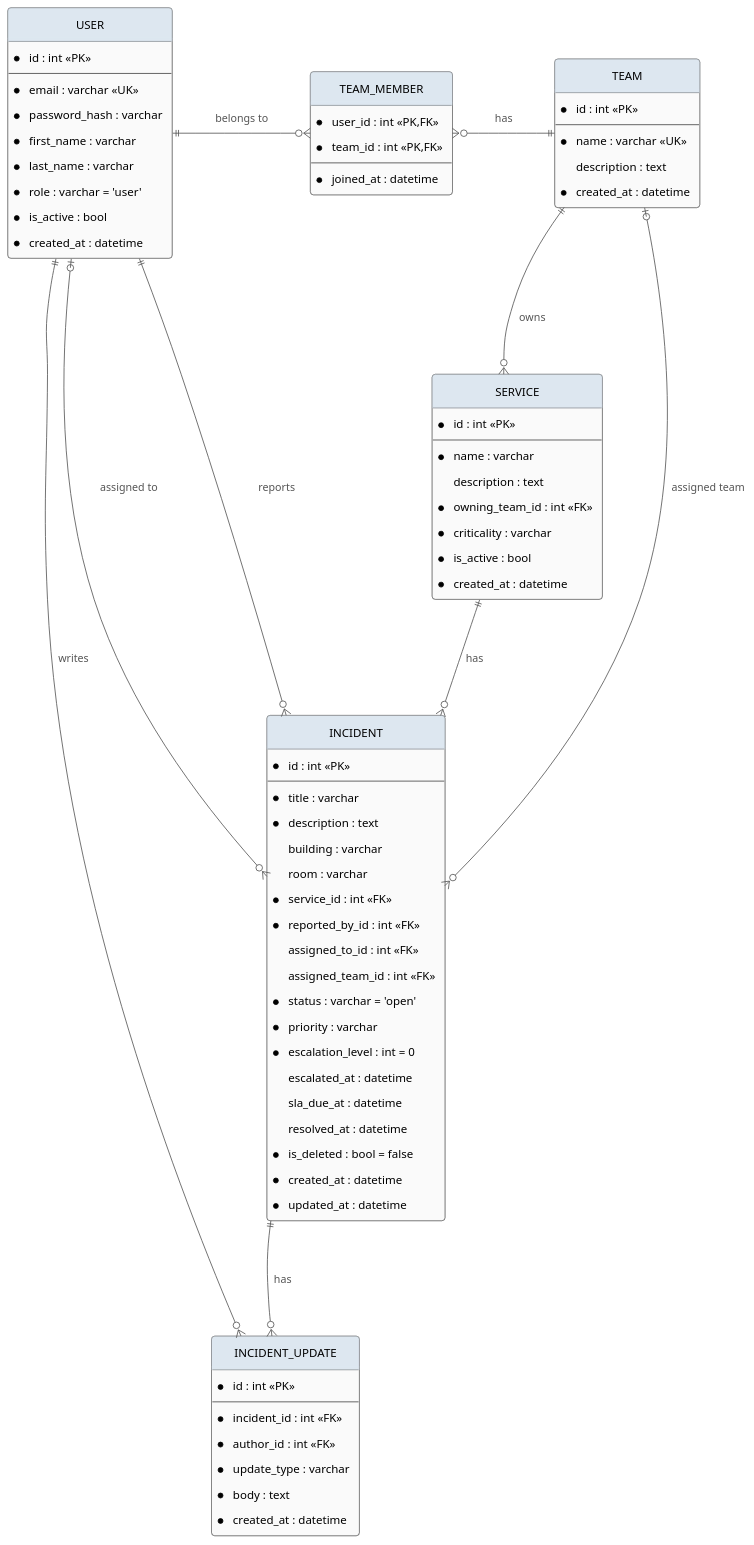
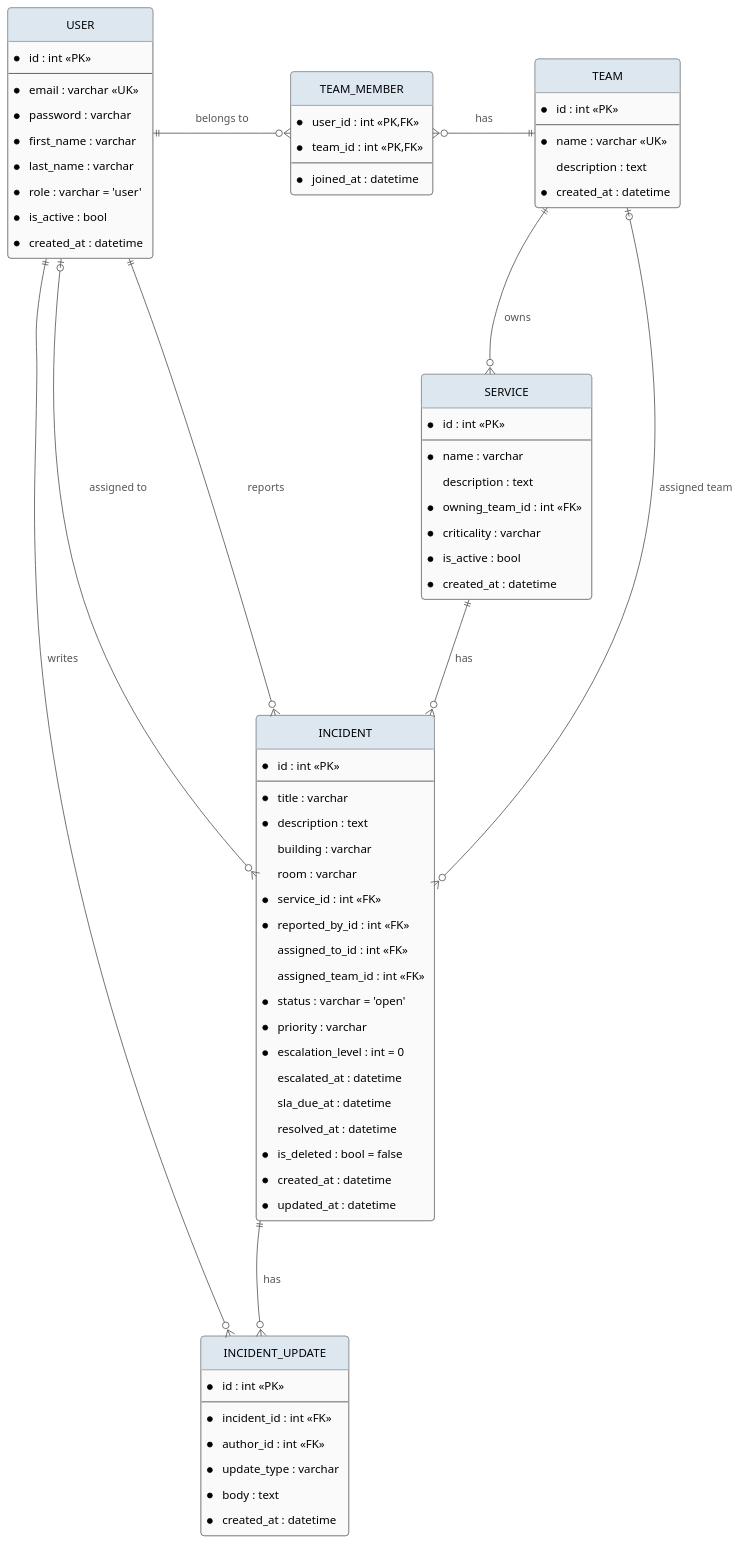
One commit to ZiedRbd/COSC-3339-Fall-2026-Term-Project changed the diagram in docs/er-diagram.puml. Above: the diagram before and after it, drawn with PlantUML. The commit also changed 1 other file, not shown here.

Commit message:
Match ER diagram column name to the database

```diff
--- a/docs/er-diagram.puml
+++ b/docs/er-diagram.puml
@@ -1,112 +1,112 @@
 @startuml Campus IT Help Desk ER
 hide circle
 skinparam nodesep 90
 skinparam ranksep 110
 skinparam padding 6
 skinparam roundCorner 8
 skinparam shadowing false
 skinparam ArrowColor #555555
 skinparam ArrowFontColor #555555
 skinparam class {
   BackgroundColor #FAFAFA
   BorderColor #444444
   HeaderBackgroundColor #DDE7F0
 }
 
 ' ── People & groups ─────────────────────────────
 
 entity "USER" as user {
   * id : int <<PK>>
   --
   * email : varchar <<UK>>
-  * password_hash : varchar
+  * password : varchar
   * first_name : varchar
   * last_name : varchar
   * role : varchar = 'user'
   * is_active : bool
   * created_at : datetime
 }
 
 entity "TEAM_MEMBER" as tm {
   * user_id : int <<PK,FK>>
   * team_id : int <<PK,FK>>
   --
   * joined_at : datetime
 }
 
 entity "TEAM" as team {
   * id : int <<PK>>
   --
   * name : varchar <<UK>>
     description : text
   * created_at : datetime
 }
 
 ' ── What we support ─────────────────────────────
 
 entity "SERVICE" as service {
   * id : int <<PK>>
   --
   * name : varchar
     description : text
   * owning_team_id : int <<FK>>
   * criticality : varchar
   * is_active : bool
   * created_at : datetime
 }
 
 ' ── Tickets ─────────────────────────────────────
 
 entity "INCIDENT" as incident {
   * id : int <<PK>>
   --
   * title : varchar
   * description : text
     building : varchar
     room : varchar
   * service_id : int <<FK>>
   * reported_by_id : int <<FK>>
     assigned_to_id : int <<FK>>
     assigned_team_id : int <<FK>>
   * status : varchar = 'open'
   * priority : varchar
   * escalation_level : int = 0
     escalated_at : datetime
     sla_due_at : datetime
     resolved_at : datetime
   * is_deleted : bool = false
   * created_at : datetime
   * updated_at : datetime
 }
 
 entity "INCIDENT_UPDATE" as upd {
   * id : int <<PK>>
   --
   * incident_id : int <<FK>>
   * author_id : int <<FK>>
   * update_type : varchar
   * body : text
   * created_at : datetime
 }
 
 ' ── Layout: users/teams on top, tickets below ───
 
 user     -[hidden]right-  tm
 tm       -[hidden]right-  team
 team     -[hidden]down-   service
 service  -[hidden]down-   incident
 incident -[hidden]down-   upd
 
 ' ── Relationships ───────────────────────────────
 
 user     ||--o{ tm       : belongs to
 team     ||--o{ tm       : has
 team     ||--o{ service  : owns
 service  ||--o{ incident : has
 user     ||--o{ incident : reports
 user     |o--o{ incident : assigned to
 team     |o--o{ incident : assigned team
 incident ||--o{ upd      : has
 user     ||--o{ upd      : writes
 
 @enduml
```
